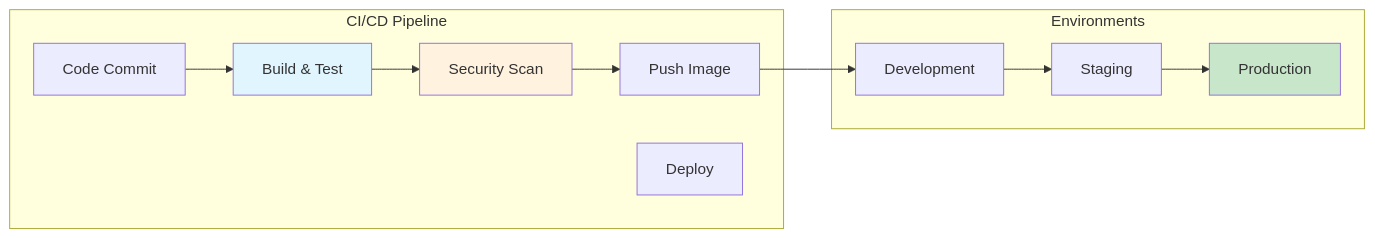
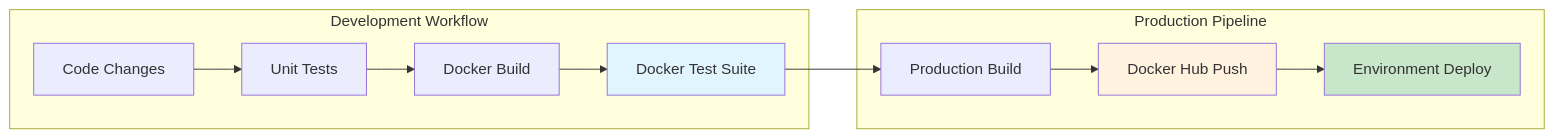
Before and after one commit to makutaku/vortex: the fifth of 5 diagrams in docs/design/hld/07-deployment-architecture.md, drawn with Mermaid. The commit also changed other lines of this file and 2 other files, not shown here.

First line of the commit message:
Update security design docs to reflect current codebase implementation

````diff
--- a/docs/design/hld/07-deployment-architecture.md
+++ b/docs/design/hld/07-deployment-architecture.md
@@ -575,27 +530,26 @@
 ```mermaid
 graph LR
-    subgraph "CI/CD Pipeline"
-        Code[Code Commit]
-        Build[Build & Test]
-        Scan[Security Scan]
-        Push[Push Image]
-        Deploy[Deploy]
+    subgraph "Development Workflow"
+        Code[Code Changes]
+        UnitTest[Unit Tests]
+        Docker[Docker Build]
+        DockerTest[Docker Test Suite]
     end
     
-    subgraph "Environments"
-        Dev[Development]
-        Staging[Staging]
-        Prod[Production]
+    subgraph "Production Pipeline"
+        Build[Production Build]
+        Registry[Docker Hub Push]
+        Deploy[Environment Deploy]
     end
     
-    Code --> Build
-    Build --> Scan
-    Scan --> Push
-    Push --> Dev
-    Dev --> Staging
-    Staging --> Prod
+    Code --> UnitTest
+    UnitTest --> Docker
+    Docker --> DockerTest
+    DockerTest --> Build
+    Build --> Registry
+    Registry --> Deploy
     
-    style Build fill:#e1f5fe
-    style Scan fill:#fff3e0
-    style Prod fill:#c8e6c9
+    style DockerTest fill:#e1f5fe
+    style Registry fill:#fff3e0
+    style Deploy fill:#c8e6c9
 ```
````
